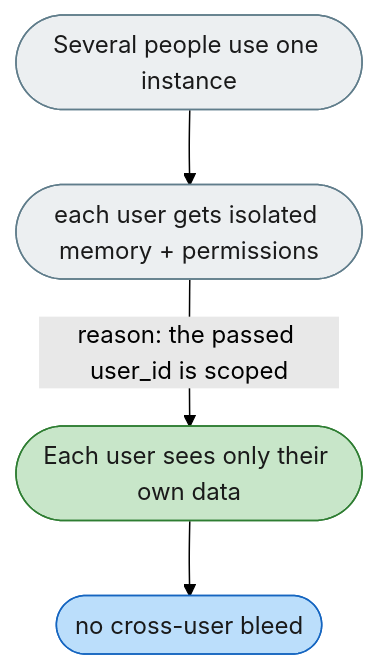
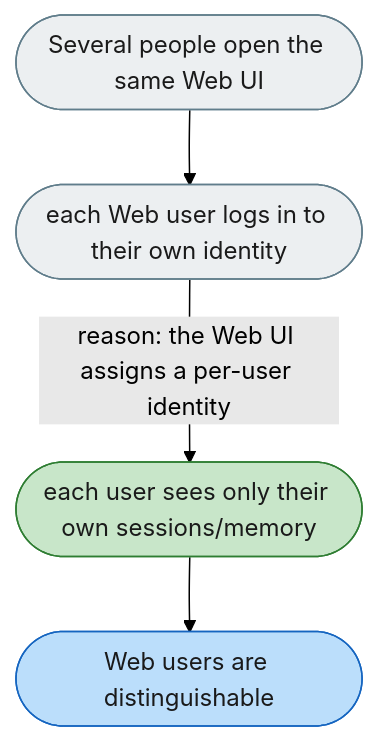
One commit to michaelatamuk/openjiuwen-jiuwenswarm changed the second of 2 diagrams in docs-michael/usability/findings/collaboration/identity-and-isolation/1-no-login-on-the-web-ui-local-web-users-share-one-identity.md. Above: the diagram before and after it, drawn with Mermaid (forest theme). The commit also changed other lines of this file and 2 other files, not shown here.

````diff
--- a/docs-michael/usability/findings/collaboration/identity-and-isolation/1-no-login-on-the-web-ui-local-web-users-share-one-identity.md
+++ b/docs-michael/usability/findings/collaboration/identity-and-isolation/1-no-login-on-the-web-ui-local-web-users-share-one-identity.md
@@ -34,12 +34,12 @@
 ```mermaid
 flowchart TD
     classDef fail  fill:#FFCDD2,color:#1a1a1a,stroke:#C62828
     classDef ok    fill:#BBDEFB,color:#1a1a1a,stroke:#1565C0
     classDef fix   fill:#C8E6C9,color:#1a1a1a,stroke:#2E7D32
     classDef plain fill:#ECEFF1,color:#1a1a1a,stroke:#607D8B
-    START(["Several people use one instance"]):::plain
-    MID(["each user gets isolated memory + permissions"]):::plain
+    START(["Several people open the same Web UI"]):::plain
+    MID(["each Web user logs in to their own identity"]):::plain
     START --> MID
-    MID -->|"reason: the passed user_id is scoped"| OUT(["Each user sees only their own data"]):::fix
-    OUT --> DONE(["no cross-user bleed"]):::ok
+    MID -->|"reason: the Web UI assigns a per-user identity"| OUT(["each user sees only their own sessions/memory"]):::fix
+    OUT --> DONE(["Web users are distinguishable"]):::ok
 ```
````
